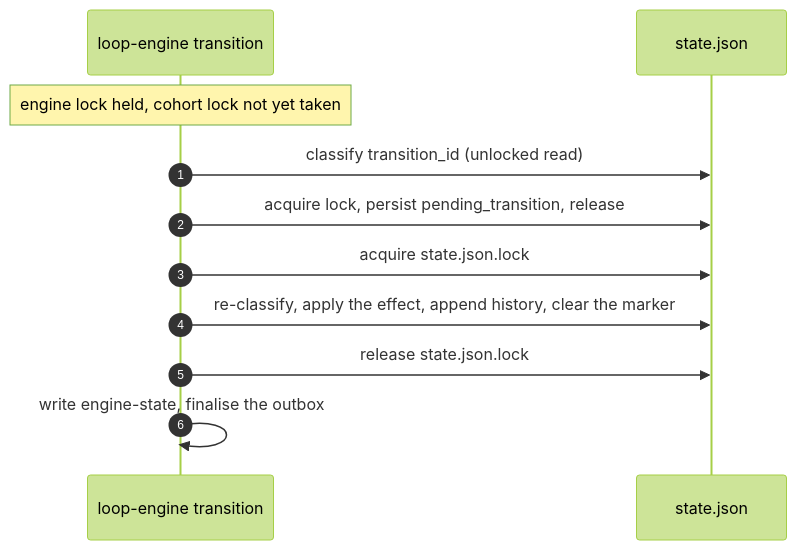
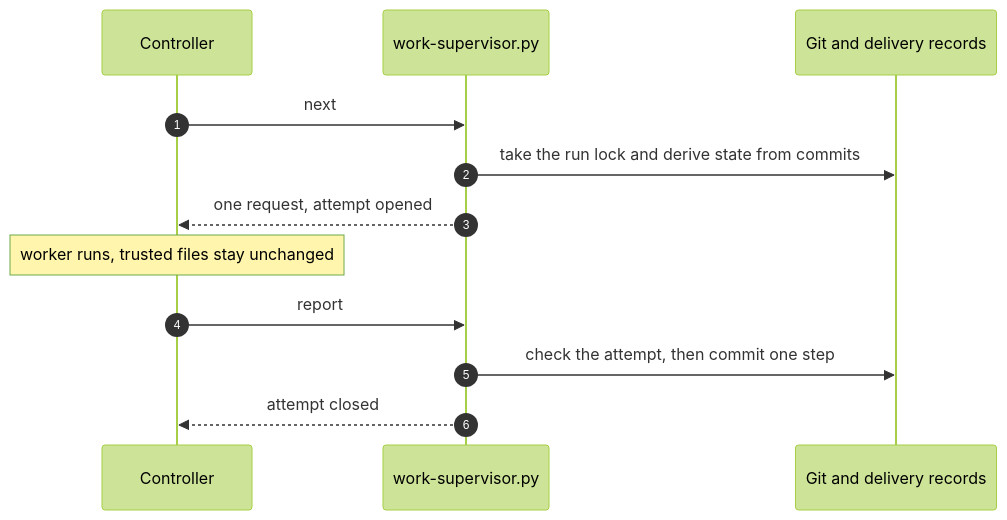
Before and after one commit to eugenelim/agent-ready-repo: the diagram in docs/architecture/loop-parallelism.md, drawn with Mermaid (forest theme). The commit also changed other lines of this file and 13 other files, not shown here.

First line of the commit message:
docs(architecture): describe the shipped work-loop execution supervisor (cutover T3)

````diff
--- a/docs/architecture/loop-parallelism.md
+++ b/docs/architecture/loop-parallelism.md
@@ -32,14 +39,15 @@
 ```mermaid
 sequenceDiagram
   autonumber
-  participant E as loop-engine transition
-  participant S as state.json
+  participant C as Controller
+  participant S as work-supervisor.py
+  participant G as Git and delivery records
 
-  Note over E: engine lock held, cohort lock not yet taken
-  E->>S: classify transition_id (unlocked read)
-  E->>S: acquire lock, persist pending_transition, release
-  E->>S: acquire state.json.lock
-  E->>S: re-classify, apply the effect, append history, clear the marker
-  E->>S: release state.json.lock
-  E->>E: write engine-state, finalise the outbox
+  C->>S: next
+  S->>G: take the run lock and derive state from commits
+  S-->>C: one request, attempt opened
+  Note over C: worker runs, trusted files stay unchanged
+  C->>S: report
+  S->>G: check the attempt, then commit one step
+  S-->>C: attempt closed
 ```
````
